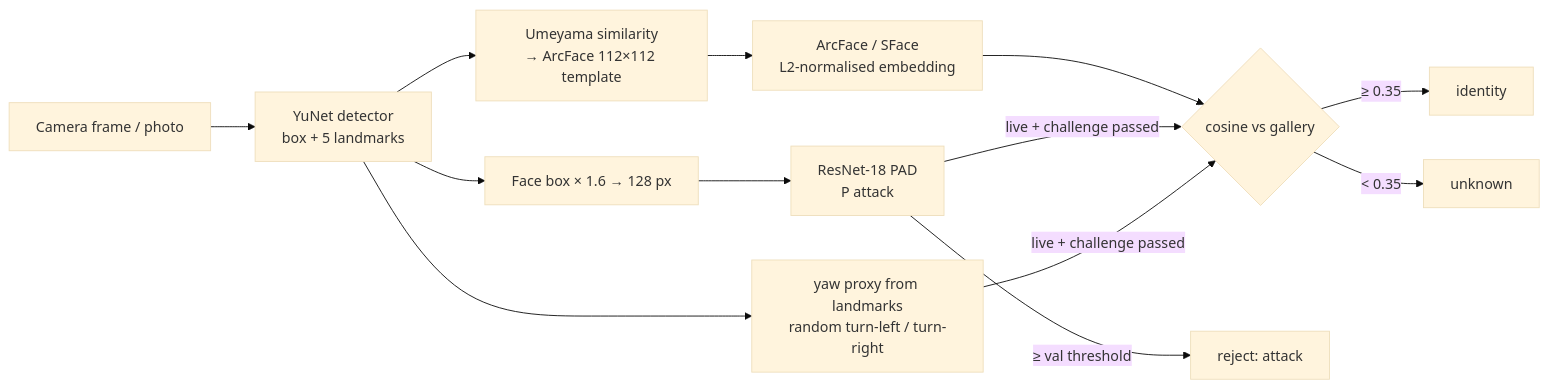
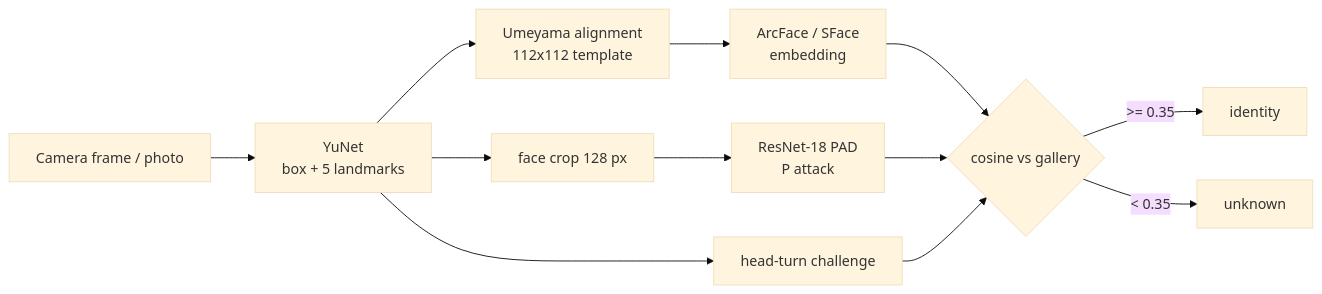
The diagram in README.md (haroonkhan02/face-recognition-antispoofing), drawn with Mermaid (base theme) before and after one commit. The commit also changed other lines of this file, not shown here.

````diff
--- a/README.md
+++ b/README.md
@@ -98,14 +28,14 @@
 ```mermaid
 flowchart LR
-    A[Camera frame / photo] --> B[YuNet detector<br/>box + 5 landmarks]
-    B --> C[Umeyama similarity<br/>→ ArcFace 112×112 template]
-    C --> D[ArcFace / SFace<br/>L2-normalised embedding]
+    A[Camera frame / photo] --> B[YuNet<br/>box + 5 landmarks]
+    B --> C[Umeyama alignment<br/>112x112 template]
+    C --> D[ArcFace / SFace<br/>embedding]
     D --> E{cosine vs gallery}
-    E -->|≥ 0.35| F[identity]
+    E -->|>= 0.35| F[identity]
     E -->|< 0.35| G[unknown]
-    B --> H[Face box × 1.6 → 128 px]
+    B --> H[face crop 128 px]
     H --> I[ResNet-18 PAD<br/>P attack]
-    I -->|≥ val threshold| J[reject: attack]
-    B --> K[yaw proxy from landmarks<br/>random turn-left / turn-right]
-    I & K -->|live + challenge passed| E
+    B --> K[head-turn challenge]
+    I --> E
+    K --> E
 ```
````
